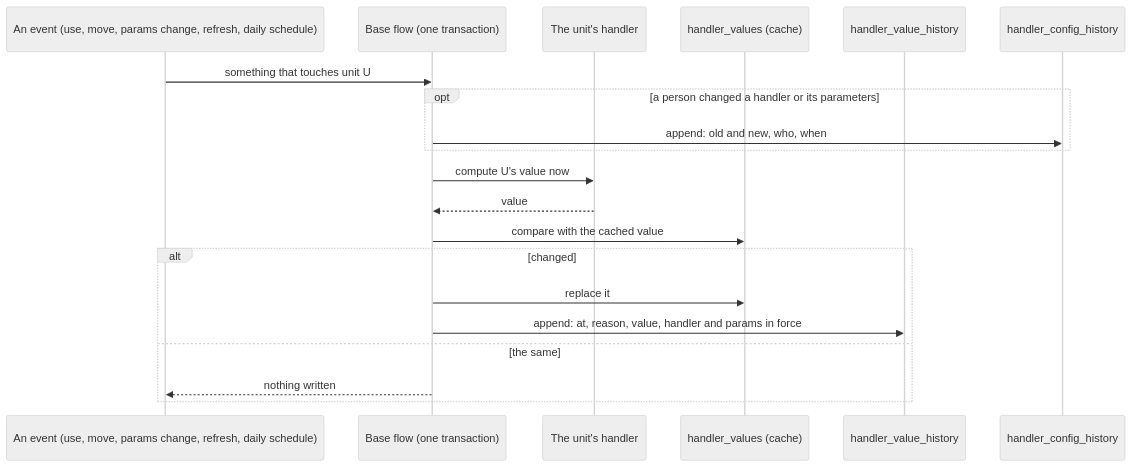
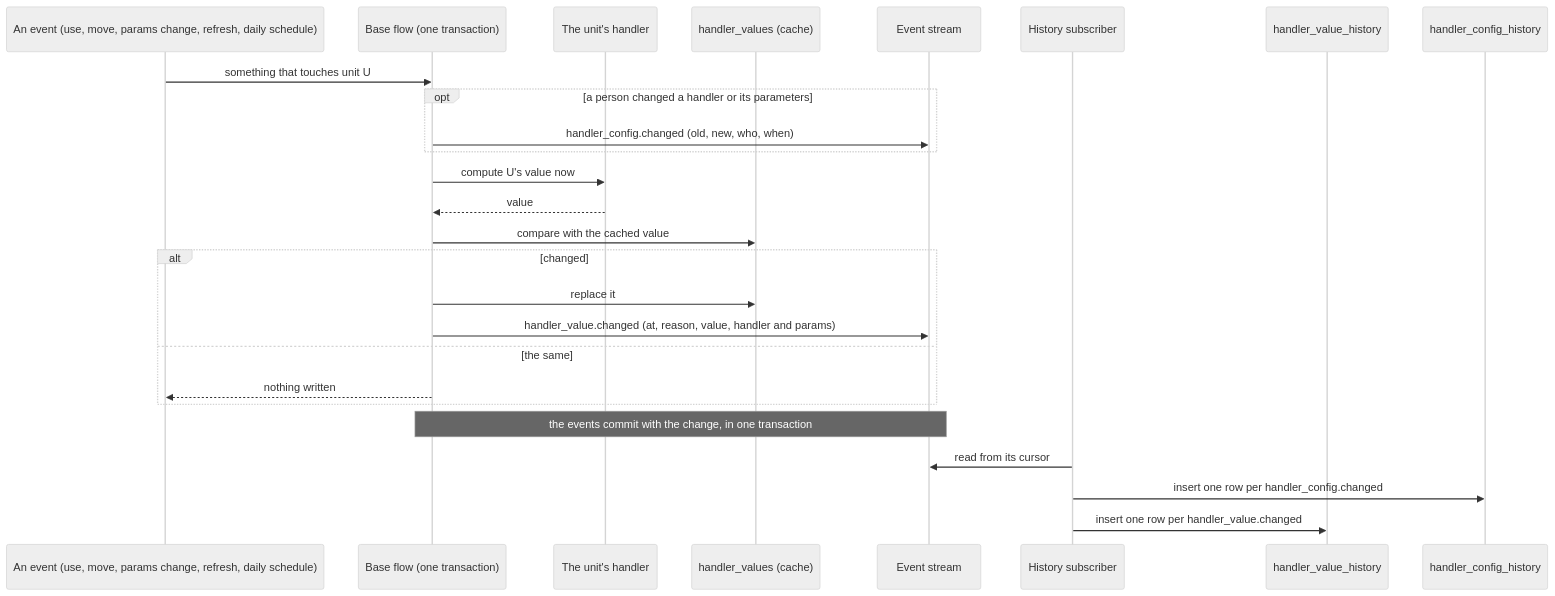
One commit to eh-homelab/ScadBuddy changed diagram 12 of 15 in docs/inventory-model/README.md. Above: the diagram before and after it, drawn with Mermaid (neutral theme). The commit also changed other lines of this file and 1 other file, not shown here.

Commit message:
docs: inventory kinds, the event stream is the history; a subscriber writes the history tables (#6949)
The owner's ruling of 2026-11-25. Every change is an event in the change's transaction
(a trigger publishes property events). A durable history subscriber inserts one row per
event. History kinds are kept forever under #7819's per-kind retention.

````diff
--- a/docs/inventory-model/README.md
+++ b/docs/inventory-model/README.md
@@ -407,22 +409,28 @@
 ```mermaid
 sequenceDiagram
     participant E as An event (use, move, params change, refresh, daily schedule)
     participant B as Base flow (one transaction)
     participant H as The unit's handler
     participant C as handler_values (cache)
+    participant ES as Event stream
+    participant HS as History subscriber
     participant VH as handler_value_history
     participant CH as handler_config_history
     E->>B: something that touches unit U
     opt a person changed a handler or its parameters
-        B->>CH: append: old and new, who, when
+        B->>ES: handler_config.changed (old, new, who, when)
     end
     B->>H: compute U's value now
     H-->>B: value
     B->>C: compare with the cached value
     alt changed
         B->>C: replace it
-        B->>VH: append: at, reason, value, handler and params in force
+        B->>ES: handler_value.changed (at, reason, value, handler and params)
     else the same
         B-->>E: nothing written
     end
+    Note over B,ES: the events commit with the change, in one transaction
+    HS->>ES: read from its cursor
+    HS->>CH: insert one row per handler_config.changed
+    HS->>VH: insert one row per handler_value.changed
 ```
````
